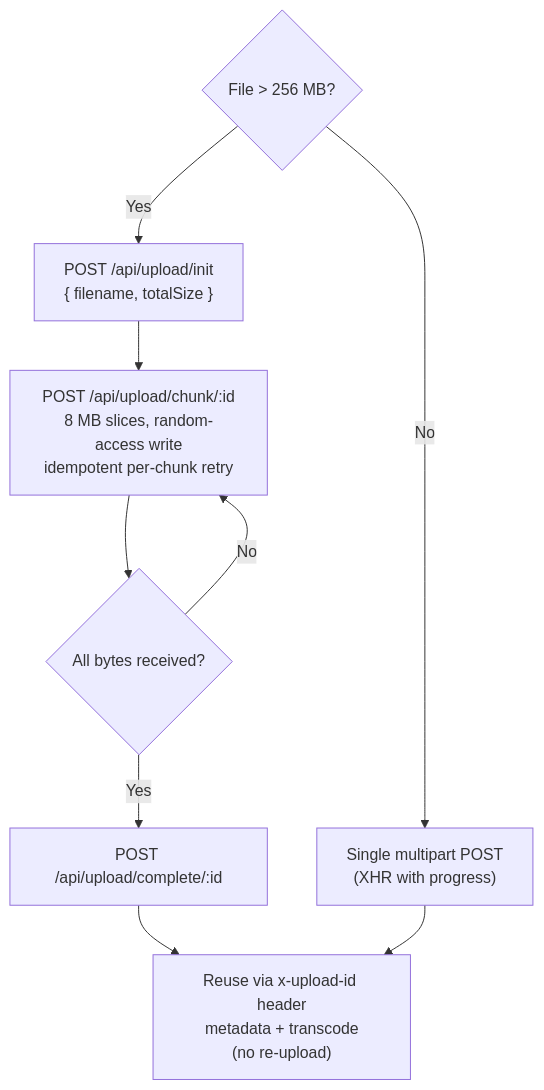
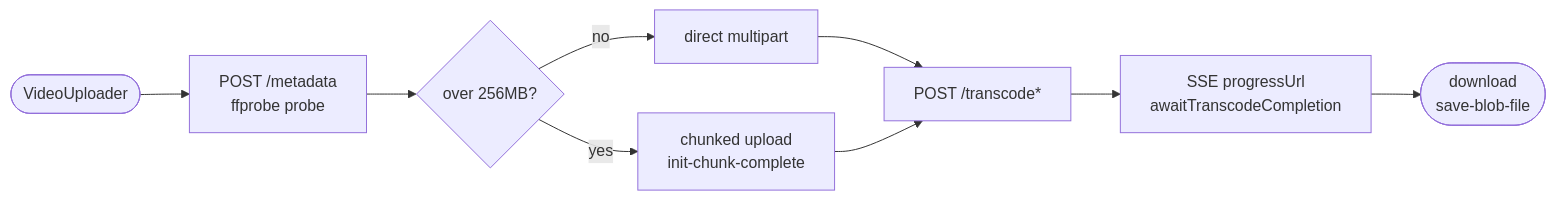
Before and after one commit to Iipal/ffmpego_editor: the third of 5 diagrams in README.md, drawn with Mermaid. The commit also changed other lines of this file and 5 other files, not shown here.

Commit message:
docs: rewrite project READMEs with architecture diagrams and add per-app AGENTS guides

````diff
--- a/README.md
+++ b/README.md
@@ -136,12 +71,11 @@
 ```mermaid
-flowchart TD
-    CHECK{"File > 256 MB?"}
-    CHECK -- No --> DIRECT["Single multipart POST<br/>(XHR with progress)"]
-    CHECK -- Yes --> INIT["POST /api/upload/init<br/>{ filename, totalSize }"]
-    INIT --> CHUNK["POST /api/upload/chunk/:id<br/>8 MB slices, random-access write<br/>idempotent per-chunk retry"]
-    CHUNK --> DONE{"All bytes received?"}
-    DONE -- No --> CHUNK
-    DONE -- Yes --> COMPLETE["POST /api/upload/complete/:id"]
-    COMPLETE --> REUSE["Reuse via x-upload-id header<br/>metadata + transcode<br/>(no re-upload)"]
-    DIRECT --> REUSE
+flowchart LR
+    Pick([VideoUploader]) --> Meta[POST /metadata<br/>ffprobe probe]
+    Meta --> Big{over 256MB?}
+    Big -- no --> Form[direct multipart]
+    Big -- yes --> Up[chunked upload<br/>init-chunk-complete]
+    Form --> TR[POST /transcode*]
+    Up --> TR
+    TR --> SSE[SSE progressUrl<br/>awaitTranscodeCompletion]
+    SSE --> Save([download<br/>save-blob-file])
 ```
````
